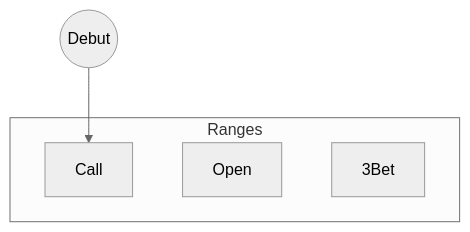
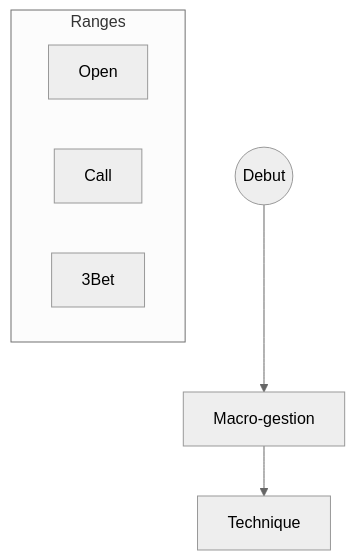
One commit to ilovepkr/beautiful-jekyll changed the diagram in _posts/2018-09-02-start-exemple.md. Above: the diagram before and after it, drawn with Mermaid (neutral theme). The commit also changed other lines of this file, not shown here.

````diff
--- a/_posts/2018-09-02-start-exemple.md
+++ b/_posts/2018-09-02-start-exemple.md
@@ -8,9 +8,9 @@
 ```mermaid
 graph TB
-A((Debut)) --> Call
+A((Debut)) --> Macro[Macro-gestion] --> Technique
 subgraph Ranges
 Open
 Call
 3Bet
 end
 ```
````
